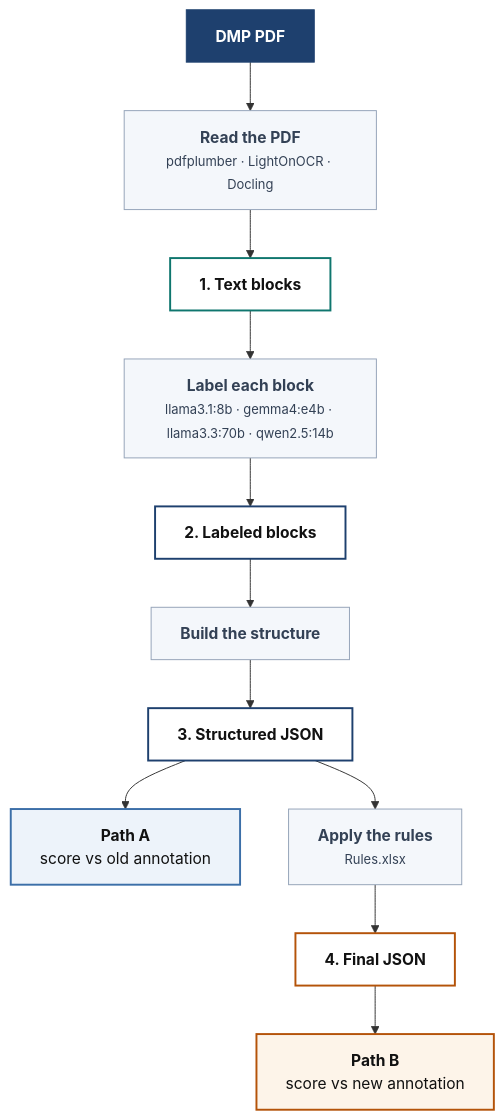
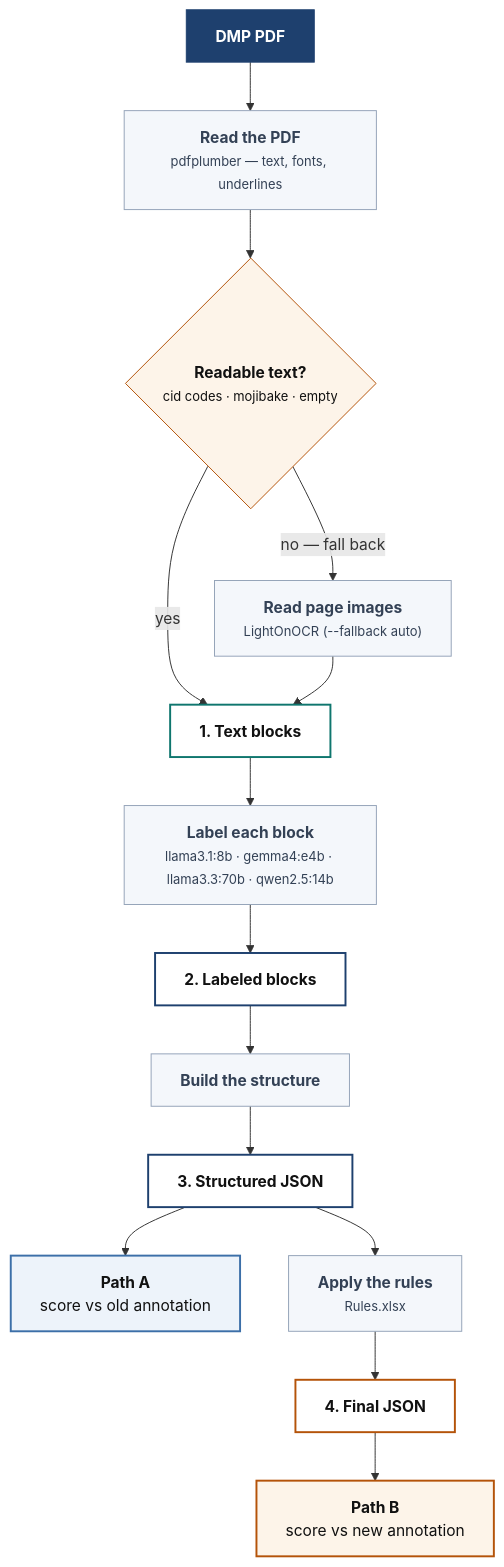
One commit to fairdataihub/dmpbridge changed the diagram in README.md. Above: the diagram before and after it, drawn with Mermaid. The commit also changed other lines of this file and 2 other files, not shown here.

Commit message:
Update README and pipeline documentation to include readability checks and fallback OCR process

````diff
--- a/README.md
+++ b/README.md
@@ -16,32 +16,37 @@
 ```mermaid
 flowchart TD
     PDF["<b>DMP PDF</b>"]
 
-    PDF --> READ["<b>Read the PDF</b><br/><small>pdfplumber · LightOnOCR · Docling</small>"]
-    READ --> S1["<b>1. Text blocks</b>"]
+    PDF --> READ["<b>Read the PDF</b><br/><small>pdfplumber — text, fonts, underlines</small>"]
+    READ --> CHECK{"<b>Readable text?</b><br/><small>cid codes · mojibake · empty</small>"}
+    CHECK -- yes --> S1["<b>1. Text blocks</b>"]
+    CHECK -- "no — fall back" --> OCR["<b>Read page images</b><br/><small>LightOnOCR (--fallback auto)</small>"]
+    OCR --> S1
     S1 --> LABEL["<b>Label each block</b><br/><small>llama3.1:8b · gemma4:e4b · llama3.3:70b · qwen2.5:14b</small>"]
     LABEL --> S2["<b>2. Labeled blocks</b>"]
     S2 --> BUILD["<b>Build the structure</b>"]
     BUILD --> S3["<b>3. Structured JSON</b>"]
 
     S3 --> PATHA["<b>Path A</b><br/>score vs old annotation"]
     S3 --> RULES["<b>Apply the rules</b><br/><small>Rules.xlsx</small>"]
     RULES --> S4["<b>4. Final JSON</b>"]
     S4 --> PATHB["<b>Path B</b><br/>score vs new annotation"]
 
     classDef input  fill:#1E406E,stroke:#1E406E,color:#ffffff
     classDef step   fill:#F4F7FB,stroke:#94A3B8,stroke-width:1px,color:#334155
     classDef cached fill:#ffffff,stroke:#0F766E,stroke-width:2px,color:#111
     classDef data   fill:#ffffff,stroke:#1E406E,stroke-width:2px,color:#111
     classDef rules  fill:#ffffff,stroke:#B45309,stroke-width:2px,color:#111
     classDef pathA  fill:#EDF3FA,stroke:#3C6FA8,stroke-width:2px,color:#111
     classDef pathB  fill:#FDF4E9,stroke:#B45309,stroke-width:2px,color:#111
+    classDef check  fill:#FDF4E9,stroke:#B45309,stroke-width:1px,color:#111
 
     class PDF input
-    class READ,LABEL,BUILD,RULES step
+    class READ,LABEL,BUILD,RULES,OCR step
+    class CHECK check
     class S1 cached
     class S2,S3 data
     class S4 rules
     class PATHA pathA
     class PATHB pathB
 ```
````
